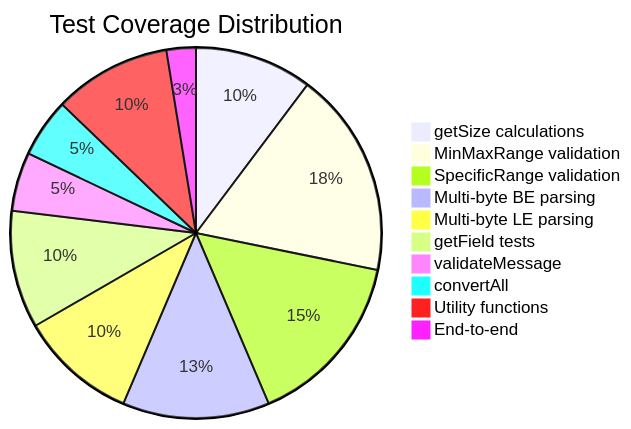
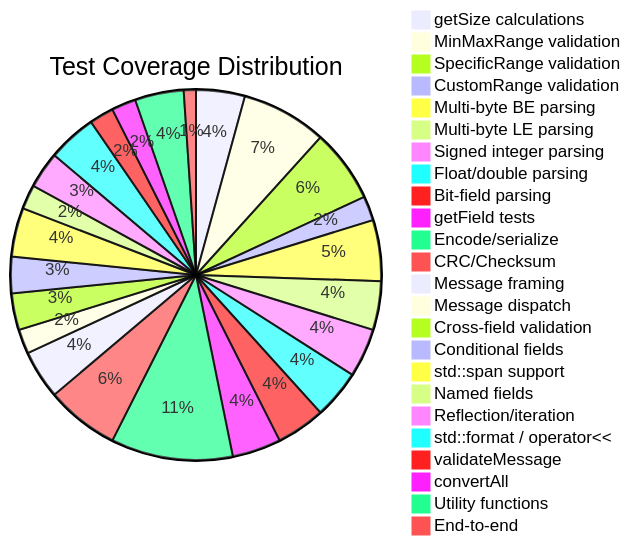
One commit to StephanKa/TypeSafeMessageParser changed the diagram in docs/testing.rst. Above: the diagram before and after it, drawn with Mermaid. The commit also changed other lines of this file and 6 other files, not shown here.

```diff
--- a/docs/testing.rst
+++ b/docs/testing.rst
@@ -12,13 +12,27 @@
 .. mermaid::
 
    pie title Test Coverage Distribution
        "getSize calculations" : 4
        "MinMaxRange validation" : 7
        "SpecificRange validation" : 6
+       "CustomRange validation" : 2
        "Multi-byte BE parsing" : 5
        "Multi-byte LE parsing" : 4
+       "Signed integer parsing" : 4
+       "Float/double parsing" : 4
+       "Bit-field parsing" : 4
        "getField tests" : 4
+       "Encode/serialize" : 10
+       "CRC/Checksum" : 6
+       "Message framing" : 4
+       "Message dispatch" : 2
+       "Cross-field validation" : 3
+       "Conditional fields" : 3
+       "std::span support" : 4
+       "Named fields" : 2
+       "Reflection/iteration" : 3
+       "std::format / operator<<" : 4
        "validateMessage" : 2
        "convertAll" : 2
        "Utility functions" : 4
        "End-to-end" : 1
```
